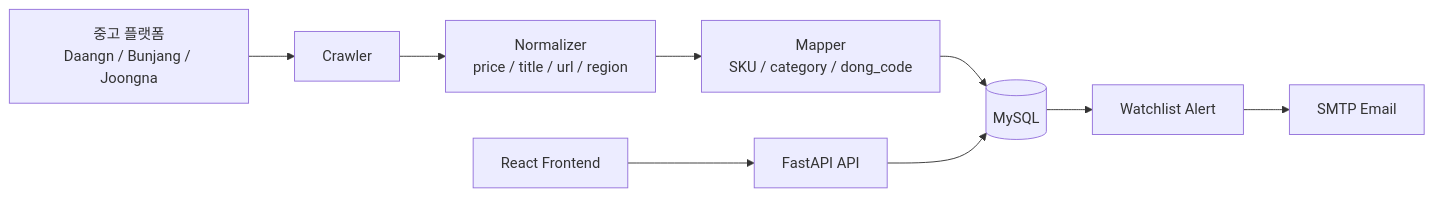
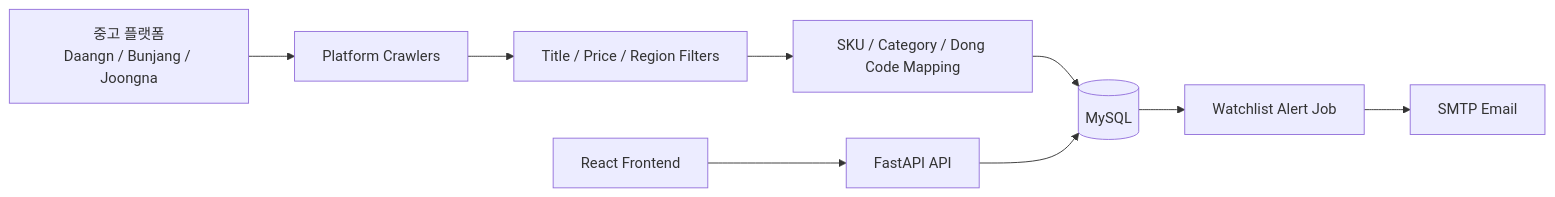
Before and after one commit to seatosky2002/HowMuchApple: the first of 4 diagrams in README.md, drawn with Mermaid. The commit also changed other lines of this file, not shown here.

Commit message:
docs: refine README crawling and schema notes

````diff
--- a/README.md
+++ b/README.md
@@ -40,17 +40,17 @@
 ```mermaid
 flowchart LR
     P[중고 플랫폼<br/>Daangn / Bunjang / Joongna]
-    C[Crawler]
-    N[Normalizer<br/>price / title / url / region]
-    M[Mapper<br/>SKU / category / dong_code]
+    C[Platform Crawlers]
+    F[Title / Price / Region Filters]
+    M[SKU / Category / Dong Code Mapping]
     DB[(MySQL)]
     API[FastAPI API]
     FE[React Frontend]
-    W[Watchlist Alert]
+    W[Watchlist Alert Job]
     SMTP[SMTP Email]
 
-    P --> C --> N --> M --> DB
+    P --> C --> F --> M --> DB
     FE --> API --> DB
     DB --> W
     W --> SMTP
 ```
````
